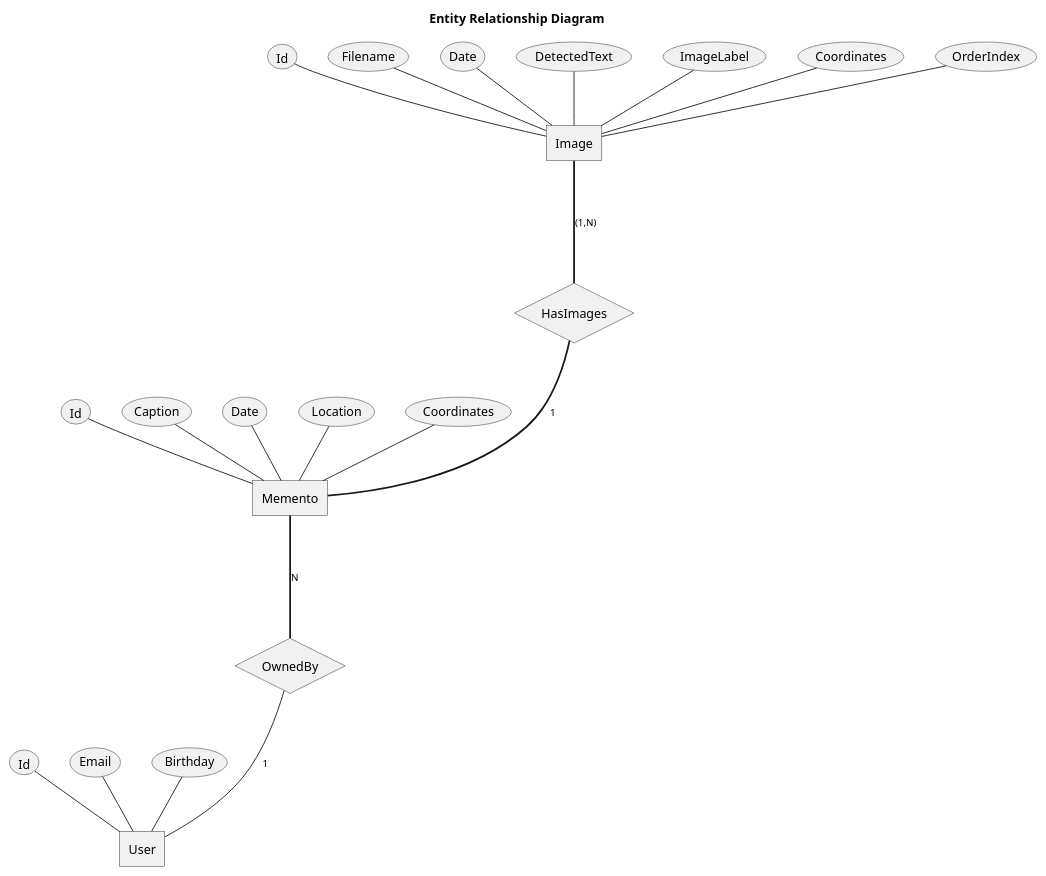
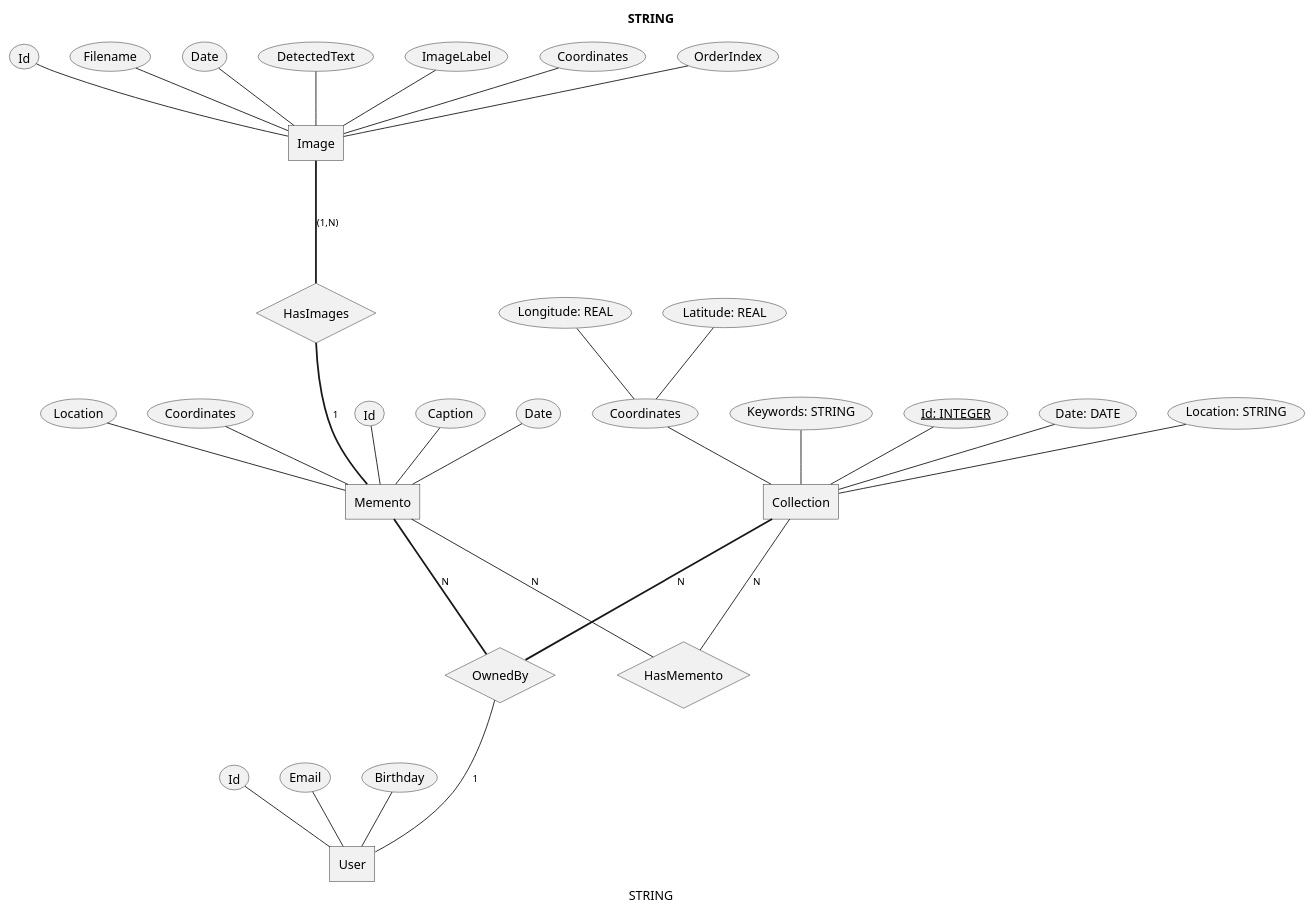
Before and after one commit to owencooke/memento: the diagram in docs/entity-relation.puml, drawn with PlantUML.

Commit message:
Added Collections and HasMemento to ERD

```diff
--- a/docs/entity-relation.puml
+++ b/docs/entity-relation.puml
@@ -3,44 +3,62 @@
 @startchen ERD
 
 title Entity Relationship Diagram
 
 /'left to right direction'/
 
 ' Entities
 entity User {
     Id
     Email
     Birthday
 }
 
 entity Memento {
     Id
     Caption
     Date
     Location
     Coordinates
 }
 
 entity Image {
     Id
     Filename
     Date
     DetectedText
     ImageLabel
     Coordinates
     OrderIndex
+entity Collection {
+    Id: INTEGER <<key>>
+    Title: STRING
+    Caption: STRING
+    Date: DATE
+    Location: STRING
+    Coordinates {
+      Latitude: REAL
+      Longitude: REAL
+    }
+    Keywords: STRING
 }
 
 ' Relationships
 relationship HasImages {
 }
 Image =(1,N)= HasImages
 HasImages =1= Memento
 
 
 relationship OwnedBy {
 }
 Memento =N= OwnedBy
+Collection =N= OwnedBy
 OwnedBy -1- User
 
+
+relationship HasMemento {
+}
+Collection -N- HasMemento
+Memento -N- HasMemento
+
 @endchen
```
